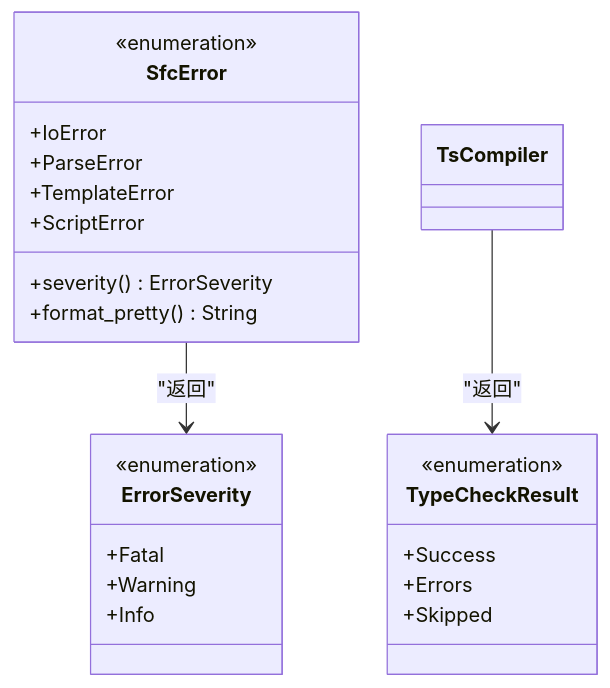
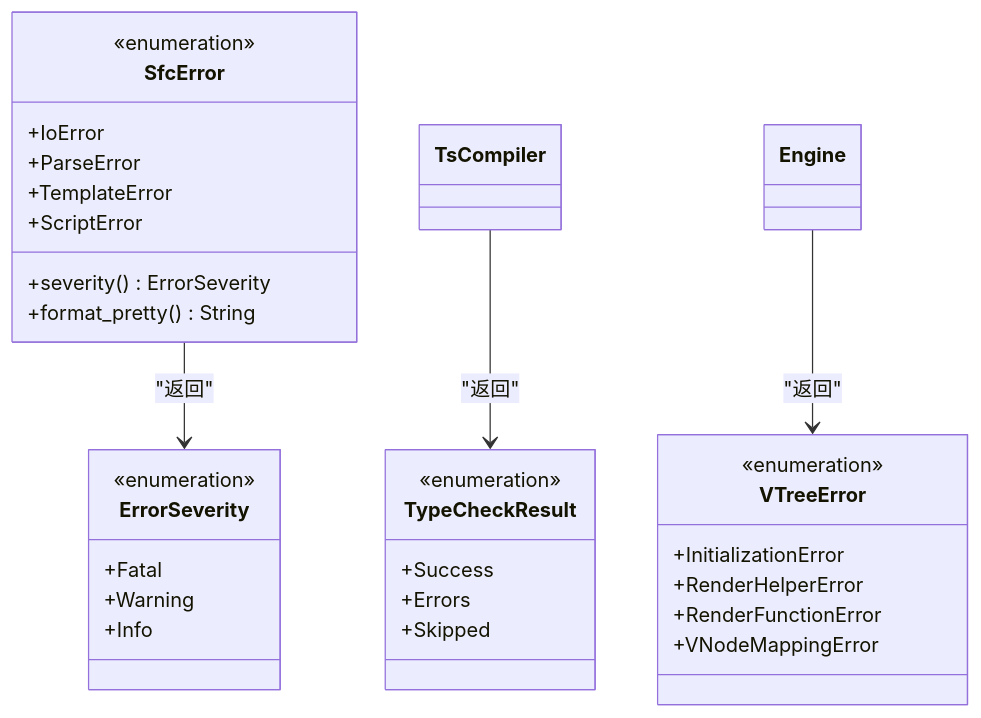
Before and after one commit to itszzl-sudo/iris: diagram 17 of 17 in .qoder/repowiki/zh/content/技术架构详解/即时转译系统/SFC编译器初始化机制/SFC集成示例.md, drawn with Mermaid. The commit also changed other lines of this file and 8 other files, not shown here.

````diff
--- a/.qoder/repowiki/zh/content/技术架构详解/即时转译系统/SFC编译器初始化机制/SFC集成示例.md
+++ b/.qoder/repowiki/zh/content/技术架构详解/即时转译系统/SFC编译器初始化机制/SFC集成示例.md
@@ -609,26 +727,34 @@
 ```mermaid
 classDiagram
 class SfcError {
 <<enumeration>>
 +IoError
 +ParseError
 +TemplateError
 +ScriptError
 +severity() ErrorSeverity
 +format_pretty() String
 }
 class ErrorSeverity {
 <<enumeration>>
 +Fatal
 +Warning
 +Info
 }
 class TypeCheckResult {
 <<enumeration>>
 +Success
 +Errors
 +Skipped
 }
+class VTreeError {
+<<enumeration>>
++InitializationError
++RenderHelperError
++RenderFunctionError
++VNodeMappingError
+}
 SfcError --> ErrorSeverity : "返回"
 TsCompiler --> TypeCheckResult : "返回"
+Engine --> VTreeError : "返回"
 ```
````
